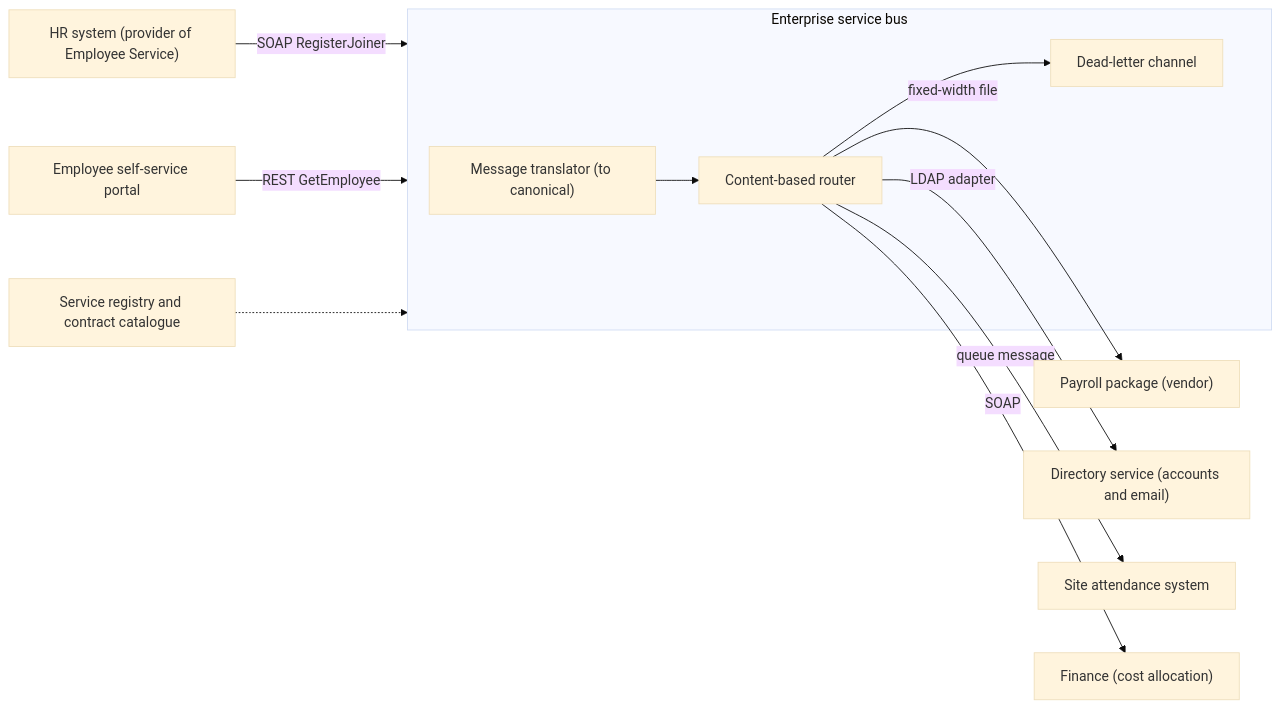
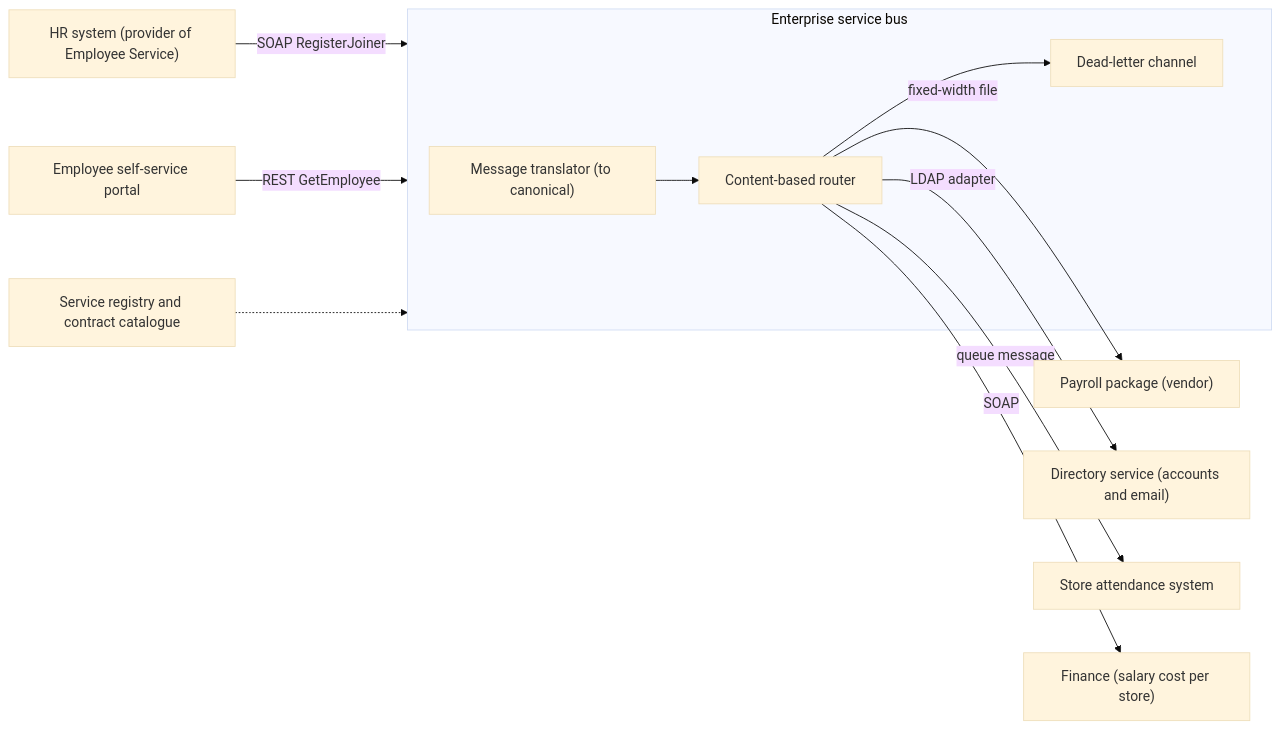
One commit to rizwi0786/system-design-lab changed the first of 2 diagrams in content/lessons/m02/m02-soa.md. Above: the diagram before and after it, drawn with Mermaid (base theme). The commit also changed other lines of this file and 334 other files, not shown here.

````diff
--- a/content/lessons/m02/m02-soa.md
+++ b/content/lessons/m02/m02-soa.md
@@ -154,14 +154,14 @@
 ```mermaid
 flowchart LR
     HRMS["HR system (provider of Employee Service)"] -- "SOAP RegisterJoiner" --> ESB
     Portal["Employee self-service portal"] -- "REST GetEmployee" --> ESB
     subgraph ESB["Enterprise service bus"]
         T["Message translator (to canonical)"] --> R["Content-based router"]
         R --> DLQ["Dead-letter channel"]
     end
     R -- "fixed-width file" --> Payroll["Payroll package (vendor)"]
     R -- "LDAP adapter" --> Dir["Directory service (accounts and email)"]
-    R -- "queue message" --> Att["Site attendance system"]
-    R -- "SOAP" --> Fin["Finance (cost allocation)"]
+    R -- "queue message" --> Att["Store attendance system"]
+    R -- "SOAP" --> Fin["Finance (salary cost per store)"]
     Registry["Service registry and contract catalogue"] -.-> ESB
 ```
````
